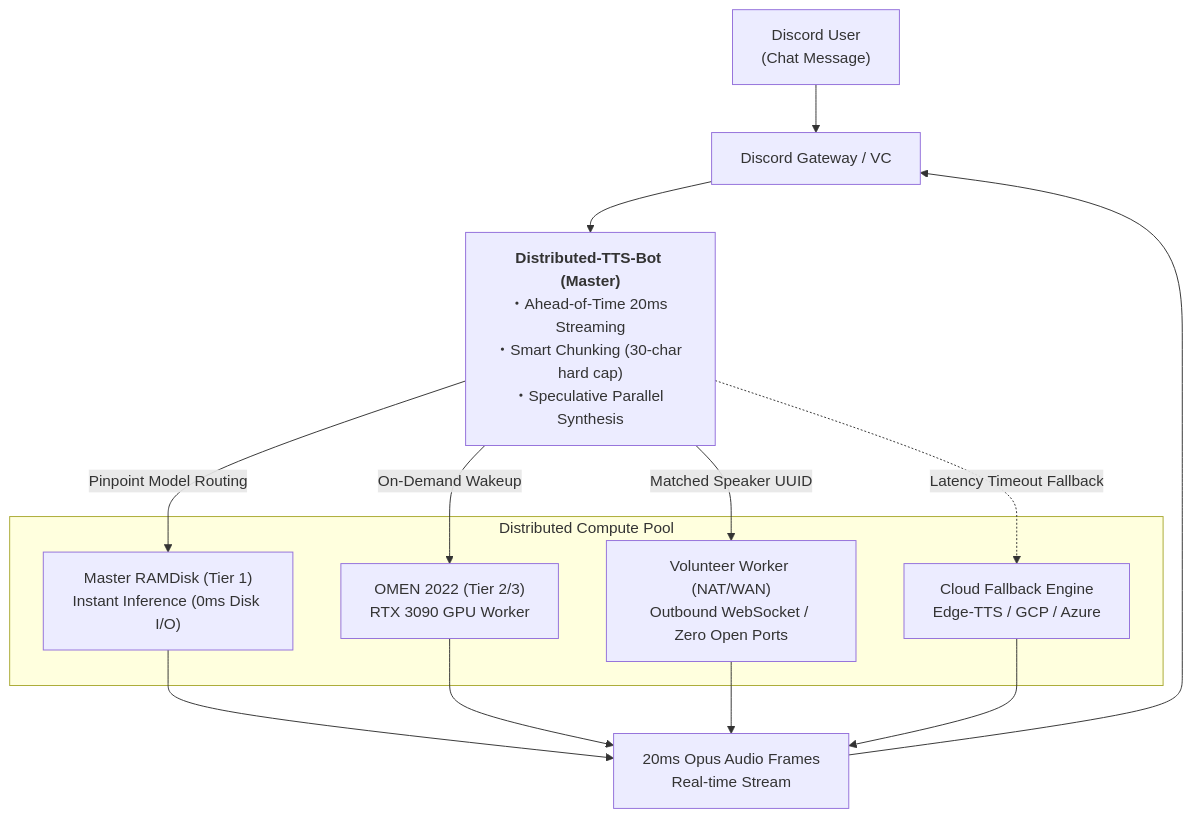
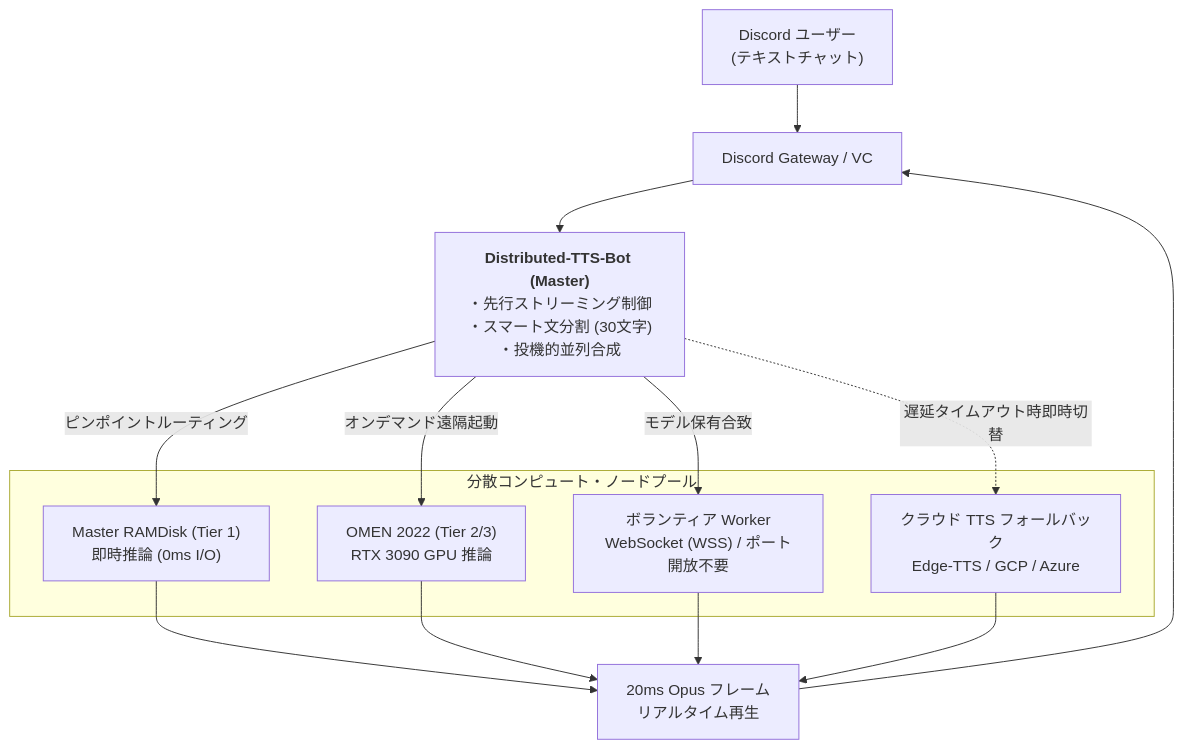
The diagram in README.md (Maximilian2022/Distributed-TTS-Bot), drawn with Mermaid before and after one commit. The commit also changed other lines of this file and 7 other files, not shown here.

````diff
--- a/README.md
+++ b/README.md
@@ -24,23 +24,23 @@
 ```mermaid
 graph TD
-    User["Discord User<br>(Chat Message)"] --> Discord["Discord Gateway / VC"]
-    Discord --> Bot["<b>Distributed-TTS-Bot (Master)</b><br>・Ahead-of-Time 20ms Streaming<br>・Smart Chunking (30-char hard cap)<br>・Speculative Parallel Synthesis"]
+    User["Discord ユーザー<br>(テキストチャット)"] --> Discord["Discord Gateway / VC"]
+    Discord --> Bot["<b>Distributed-TTS-Bot (Master)</b><br>・先行ストリーミング制御<br>・スマート文分割 (30文字)<br>・投機的並列合成"]
 
-    subgraph "Distributed Compute Pool"
-        RAM["Master RAMDisk (Tier 1)<br>Instant Inference (0ms Disk I/O)"]
-        GPU1["OMEN 2022 (Tier 2/3)<br>RTX 3090 GPU Worker"]
-        WorkerVol["Volunteer Worker (NAT/WAN)<br>Outbound WebSocket / Zero Open Ports"]
-        Cloud["Cloud Fallback Engine<br>Edge-TTS / GCP / Azure"]
+    subgraph "分散コンピュート・ノードプール"
+        RAM["Master RAMDisk (Tier 1)<br>即時推論 (0ms I/O)"]
+        GPU1["OMEN 2022 (Tier 2/3)<br>RTX 3090 GPU 推論"]
+        WorkerVol["ボランティア Worker<br>WebSocket (WSS) / ポート開放不要"]
+        Cloud["クラウド TTS フォールバック<br>Edge-TTS / GCP / Azure"]
     end
 
-    Bot -->|Pinpoint Model Routing| RAM
-    Bot -->|On-Demand Wakeup| GPU1
-    Bot -->|Matched Speaker UUID| WorkerVol
-    Bot -.->|Latency Timeout Fallback| Cloud
+    Bot -->|ピンポイントルーティング| RAM
+    Bot -->|オンデマンド遠隔起動| GPU1
+    Bot -->|モデル保有合致| WorkerVol
+    Bot -.->|遅延タイムアウト時即時切替| Cloud
 
-    RAM --> Stream["20ms Opus Audio Frames<br>Real-time Stream"]
+    RAM --> Stream["20ms Opus フレーム<br>リアルタイム再生"]
     GPU1 --> Stream
     WorkerVol --> Stream
     Cloud --> Stream
     Stream --> Discord
 ```
````
